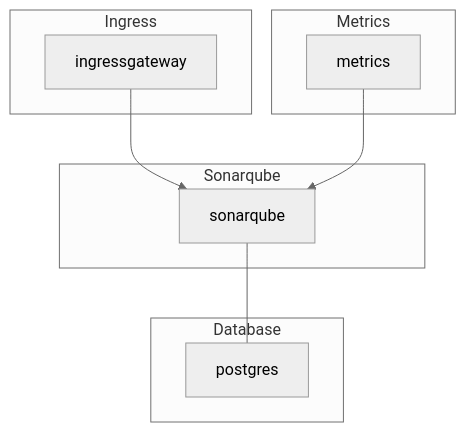
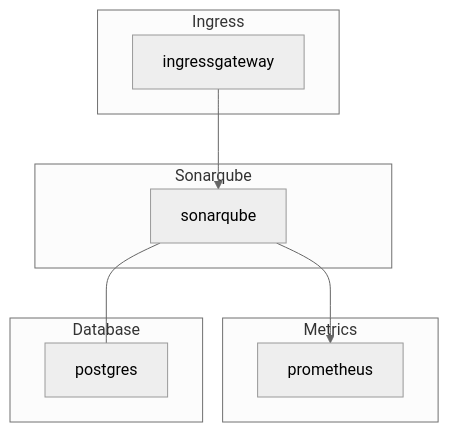
One commit to rjferguson21/big-bang changed the first of 2 diagrams in charter/packages/sonarqube/Architecture.md. Above: the diagram before and after it, drawn with Mermaid (neutral theme).

````diff
--- a/charter/packages/sonarqube/Architecture.md
+++ b/charter/packages/sonarqube/Architecture.md
@@ -9,18 +9,18 @@
 ```mermaid
 graph TB
   subgraph "Ingress"
     ingressgateway
   end
 
   subgraph "Sonarqube"
     ingressgateway --> sonarqube
   end      
 
   subgraph "Metrics"
-    metrics --> sonarqube
+    sonarqube --> prometheus
   end
 
   subgraph "Database"
     sonarqube --- postgres
   end
 ```
````
